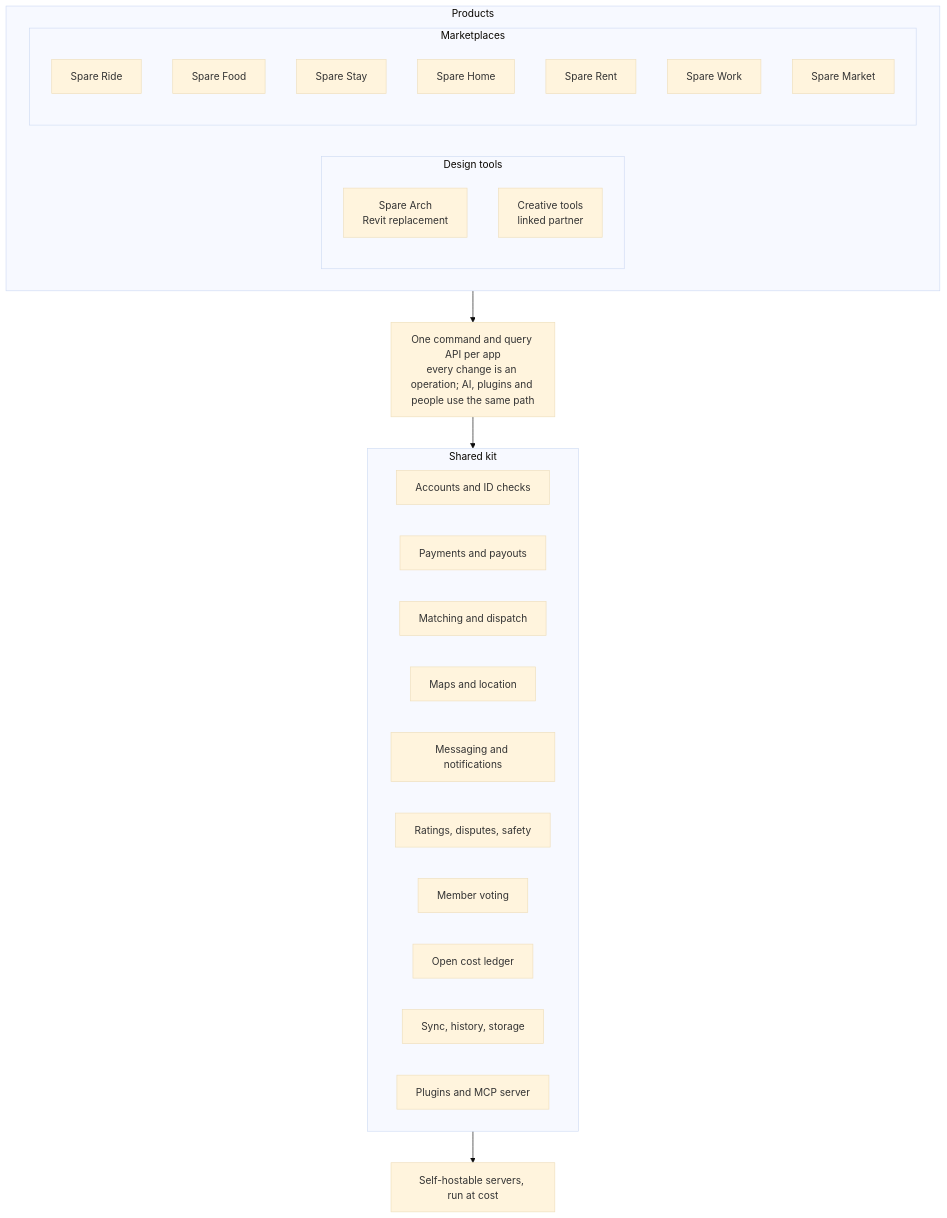
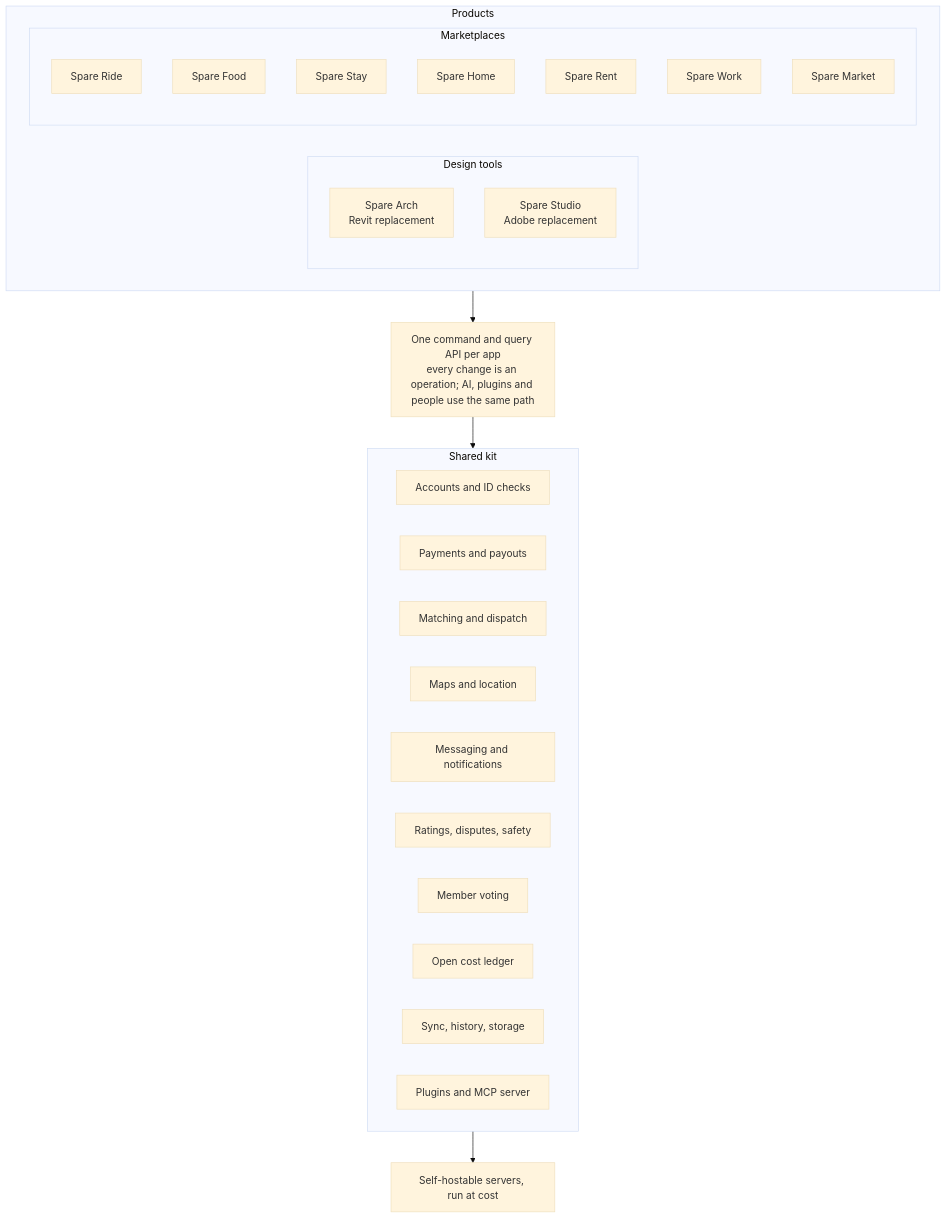
The diagram in ARCHITECTURE.md (spareware-co-op/spareware), drawn with Mermaid (base theme) before and after one commit. The commit also changed other lines of this file and 4 other files, not shown here.

First line of the commit message:
Spare Studio: map and work board for the creative suite replacing Adobe's apps

````diff
--- a/ARCHITECTURE.md
+++ b/ARCHITECTURE.md
@@ -7,34 +7,34 @@
 ```mermaid
 flowchart TB
   subgraph Products
     direction LR
     subgraph Design[Design tools]
       ARCH[Spare Arch<br/>Revit replacement]
-      CREATIVE[Creative tools<br/>linked partner]
+      CREATIVE[Spare Studio<br/>Adobe replacement]
     end
     subgraph Markets[Marketplaces]
       RIDE[Spare Ride]
       FOOD[Spare Food]
       STAY[Spare Stay]
       HOME[Spare Home]
       RENT[Spare Rent]
       WORK[Spare Work]
       MARKET[Spare Market]
     end
   end
   API[One command and query API per app<br/>every change is an operation; AI, plugins and people use the same path]
   subgraph Kit[Shared kit]
     ID[Accounts and ID checks]
     PAY[Payments and payouts]
     MATCH[Matching and dispatch]
     MAP[Maps and location]
     MSG[Messaging and notifications]
     TRUST[Ratings, disputes, safety]
     VOTE[Member voting]
     LEDGER[Open cost ledger]
     SYNC[Sync, history, storage]
     PLUG[Plugins and MCP server]
   end
   HOST[Self-hostable servers, run at cost]
   Products --> API --> Kit --> HOST
 ```
````
